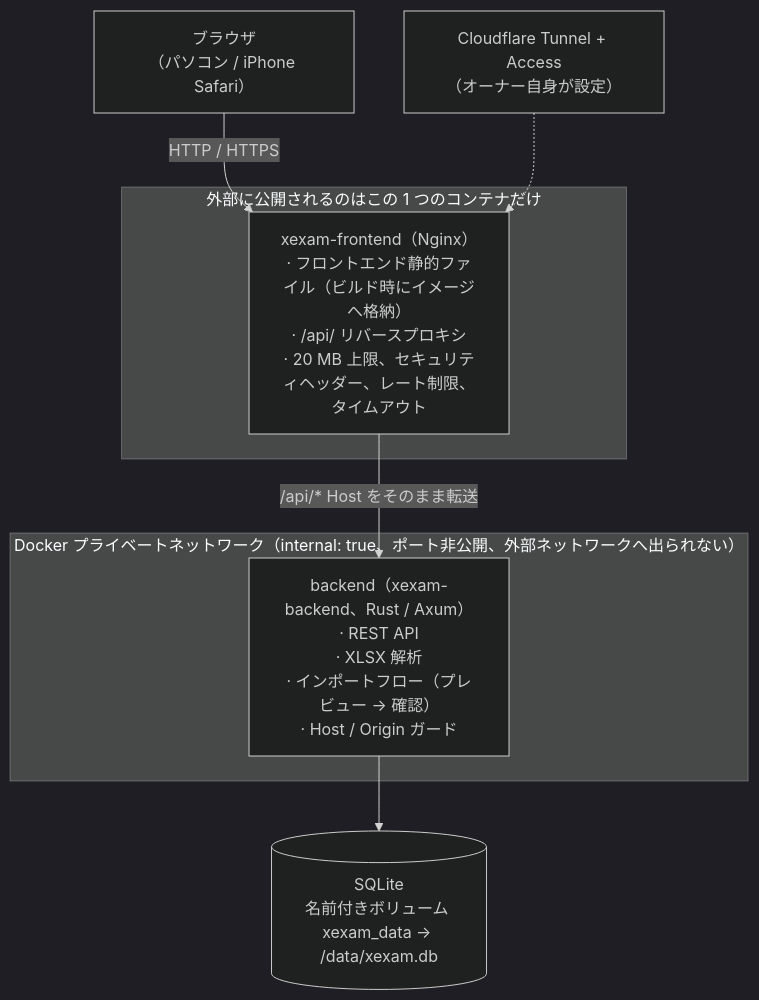
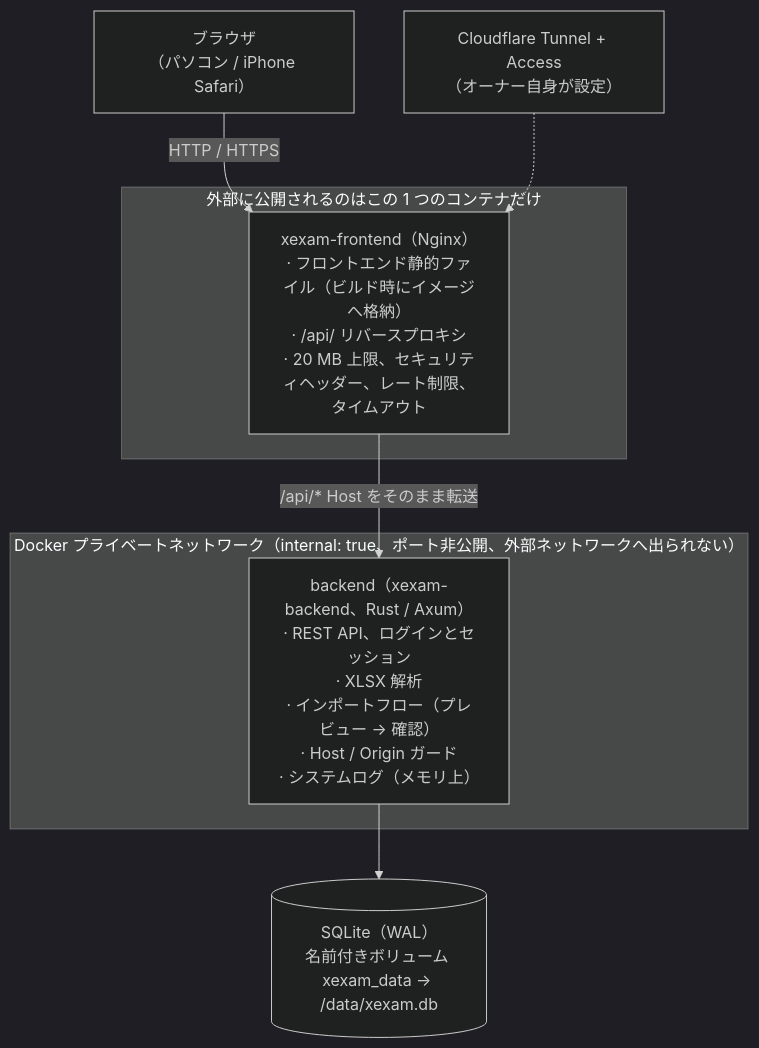
One commit to Yumin-Space/xexam changed the first of 5 diagrams in docs/ja/architecture.md. Above: the diagram before and after it, drawn with Mermaid (dark theme). The commit also changed other lines of this file and 295 other files, not shown here.

````diff
--- a/docs/ja/architecture.md
+++ b/docs/ja/architecture.md
@@ -10,13 +10,13 @@
 ```mermaid
 flowchart TB
     U["ブラウザ<br/>（パソコン / iPhone Safari）"] -->|"HTTP / HTTPS"| N
     subgraph pub["外部に公開されるのはこの 1 つのコンテナだけ"]
         N["xexam-frontend（Nginx）<br/>· フロントエンド静的ファイル（ビルド時にイメージへ格納）<br/>· /api/ リバースプロキシ<br/>· 20 MB 上限、セキュリティヘッダー、レート制限、タイムアウト"]
     end
     subgraph priv["Docker プライベートネットワーク（internal: true、ポート非公開、外部ネットワークへ出られない）"]
-        B["backend（xexam-backend、Rust / Axum）<br/>· REST API<br/>· XLSX 解析<br/>· インポートフロー（プレビュー → 確認）<br/>· Host / Origin ガード"]
+        B["backend（xexam-backend、Rust / Axum）<br/>· REST API、ログインとセッション<br/>· XLSX 解析<br/>· インポートフロー（プレビュー → 確認）<br/>· Host / Origin ガード<br/>· システムログ（メモリ上）"]
     end
     N -->|"/api/*  Host をそのまま転送"| B
-    B --> D[("SQLite<br/>名前付きボリューム xexam_data → /data/xexam.db")]
+    B --> D[("SQLite（WAL）<br/>名前付きボリューム xexam_data → /data/xexam.db")]
     CF["Cloudflare Tunnel + Access<br/>（オーナー自身が設定）"] -.-> N
 ```
````
